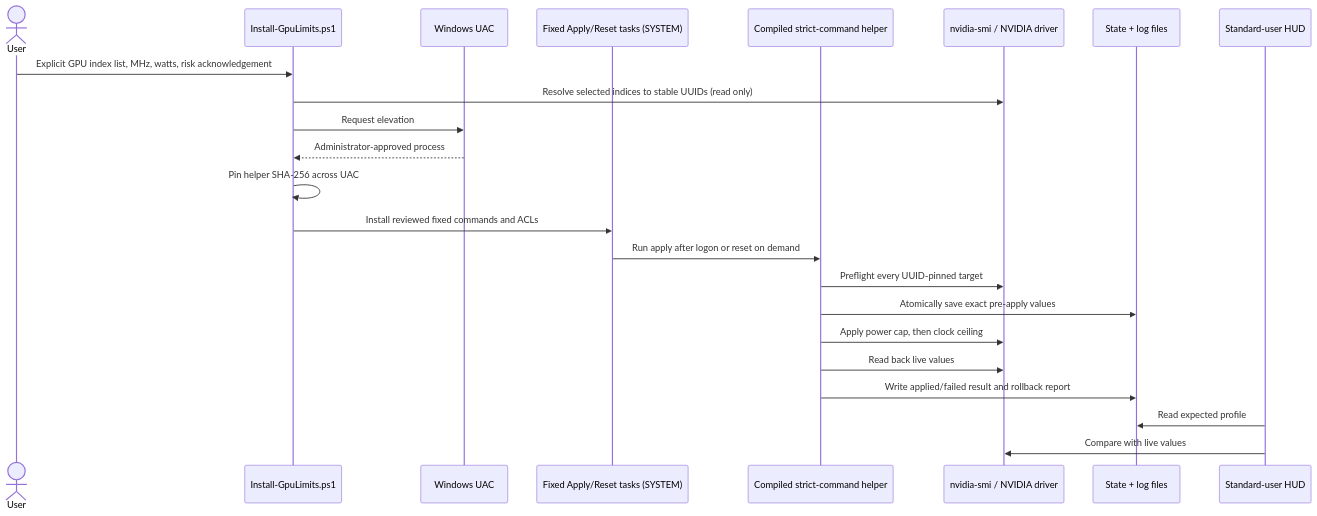
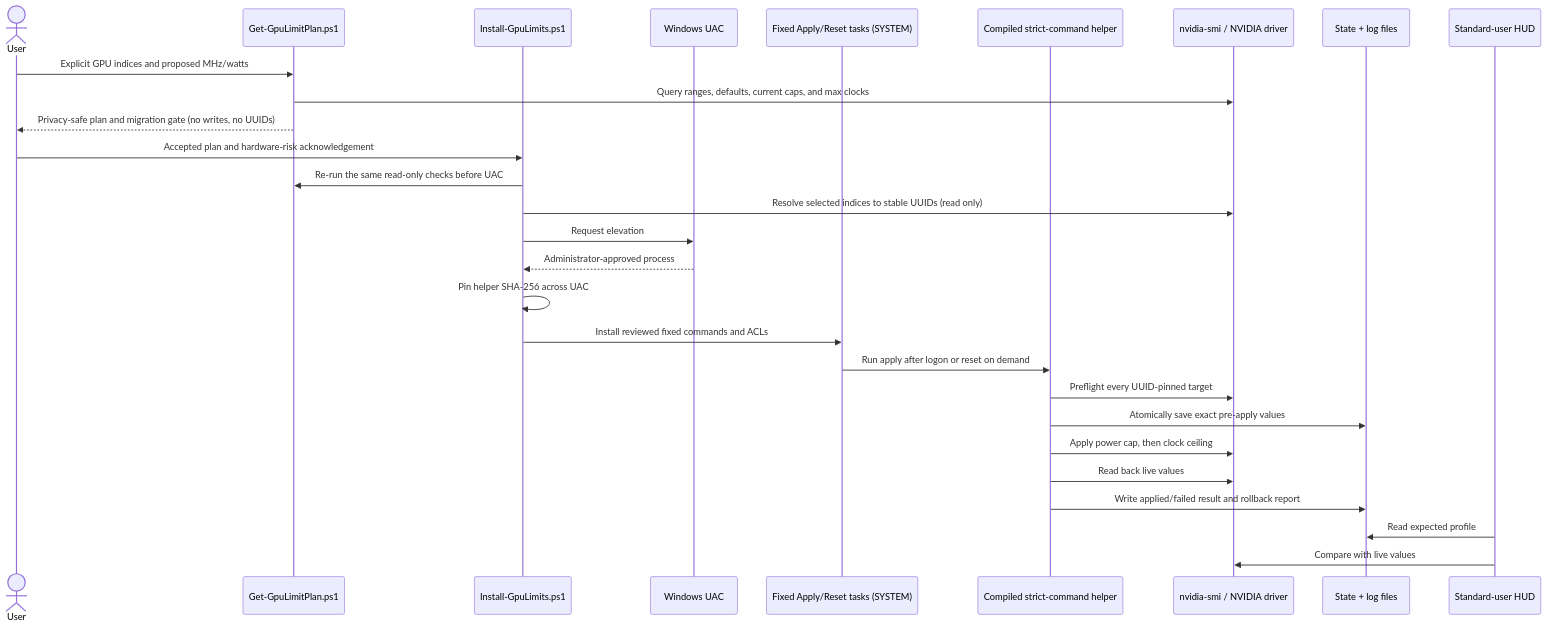
One commit to alirezakeshmirisocial-coder/ca-autoconfig changed the second of 3 diagrams in docs/ARCHITECTURE.md. Above: the diagram before and after it, drawn with Mermaid. The commit also changed other lines of this file and 20 other files, not shown here.

Commit message:
feat: add read-only GPU limit plan

````diff
--- a/docs/ARCHITECTURE.md
+++ b/docs/ARCHITECTURE.md
@@ -58,26 +58,31 @@
 ```mermaid
 sequenceDiagram
     actor User
+    participant Plan as Get-GpuLimitPlan.ps1
     participant Installer as Install-GpuLimits.ps1
     participant UAC as Windows UAC
     participant Tasks as Fixed Apply/Reset tasks (SYSTEM)
     participant Helper as Compiled strict-command helper
     participant Driver as nvidia-smi / NVIDIA driver
     participant State as State + log files
     participant HUD as Standard-user HUD
 
-    User->>Installer: Explicit GPU index list, MHz, watts, risk acknowledgement
+    User->>Plan: Explicit GPU indices and proposed MHz/watts
+    Plan->>Driver: Query ranges, defaults, current caps, and max clocks
+    Plan-->>User: Privacy-safe plan and migration gate (no writes, no UUIDs)
+    User->>Installer: Accepted plan and hardware-risk acknowledgement
+    Installer->>Plan: Re-run the same read-only checks before UAC
     Installer->>Driver: Resolve selected indices to stable UUIDs (read only)
     Installer->>UAC: Request elevation
     UAC-->>Installer: Administrator-approved process
     Installer->>Installer: Pin helper SHA-256 across UAC
     Installer->>Tasks: Install reviewed fixed commands and ACLs
     Tasks->>Helper: Run apply after logon or reset on demand
     Helper->>Driver: Preflight every UUID-pinned target
     Helper->>State: Atomically save exact pre-apply values
     Helper->>Driver: Apply power cap, then clock ceiling
     Helper->>Driver: Read back live values
     Helper->>State: Write applied/failed result and rollback report
     HUD->>State: Read expected profile
     HUD->>Driver: Compare with live values
 ```
````
